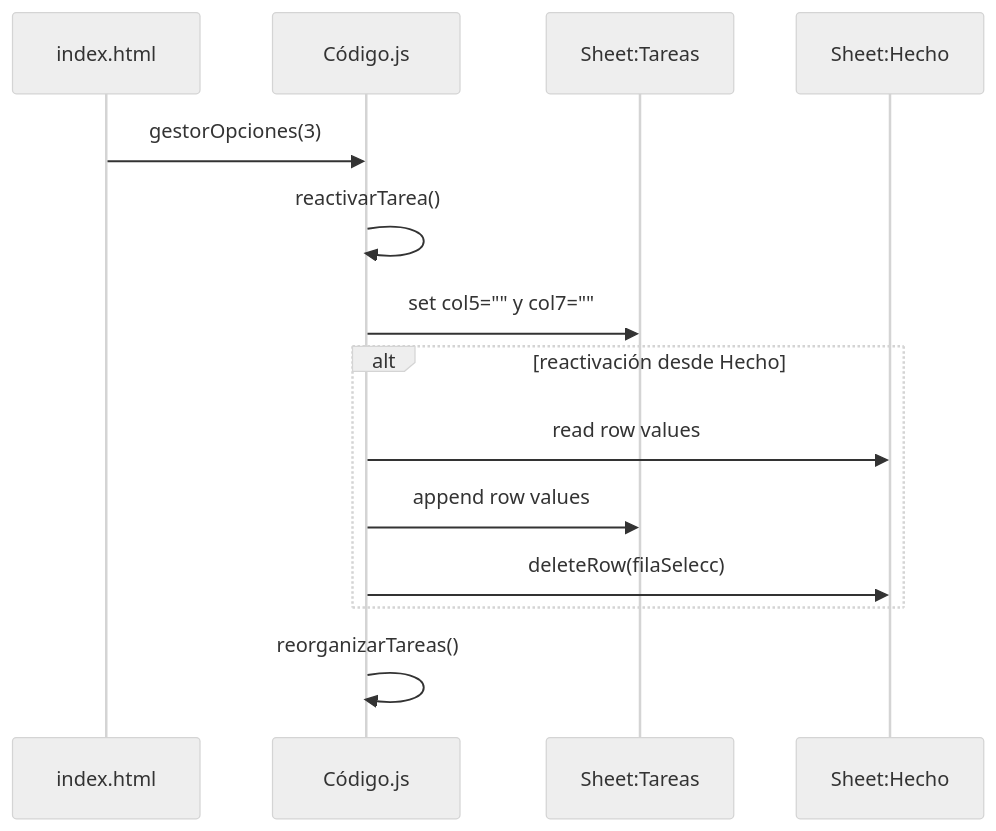
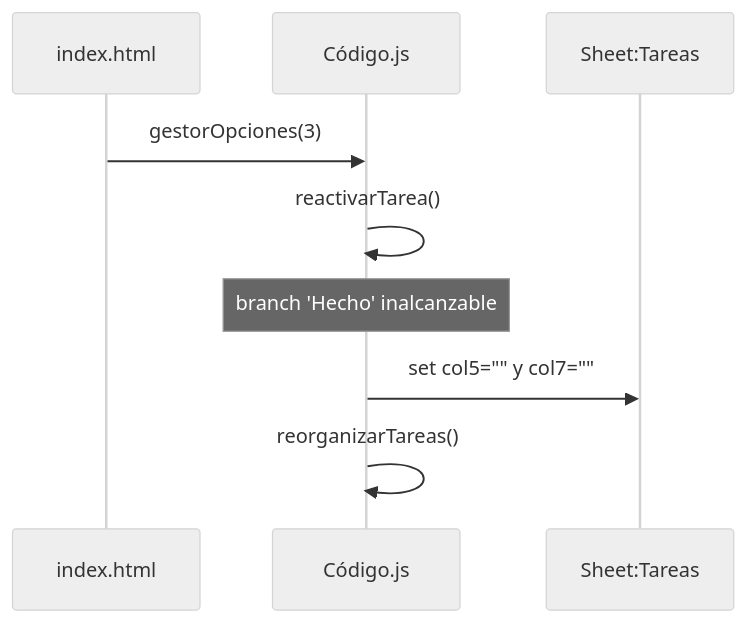
Before and after one commit to Luisky24/Gestion_Tareas_Susi: the third of 7 diagrams in docs/FLOWS.md, drawn with Mermaid (neutral theme). The commit also changed other lines of this file and 6 other files, not shown here.

````diff
--- a/docs/FLOWS.md
+++ b/docs/FLOWS.md
@@ -244,16 +274,11 @@
 ```mermaid
 sequenceDiagram
   participant UI as index.html
   participant GAS as Código.js
   participant T as Sheet:Tareas
-  participant H as Sheet:Hecho
   UI->>GAS: gestorOpciones(3)
   GAS->>GAS: reactivarTarea()
+  Note over GAS: branch 'Hecho' inalcanzable
   GAS->>T: set col5="" y col7=""
-  alt reactivación desde Hecho
-    GAS->>H: read row values
-    GAS->>T: append row values
-    GAS->>H: deleteRow(filaSelecc)
-  end
   GAS->>GAS: reorganizarTareas()
 ```
````
